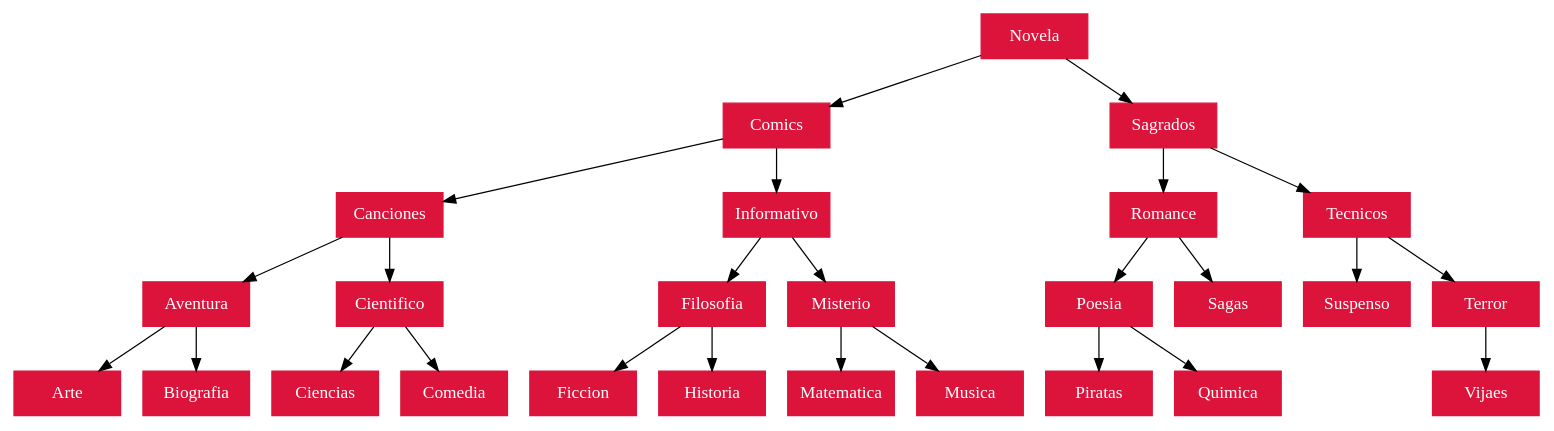
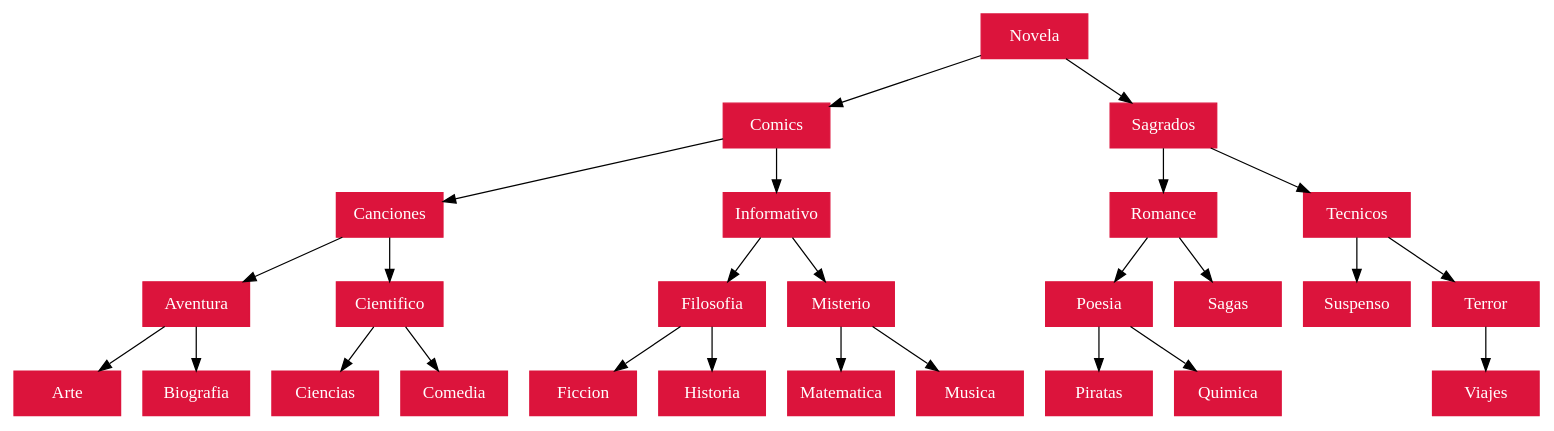
The diagram in AVL_Categorias.dot (juanpaestrada20/EDD_PY2_201800709), drawn with Graphviz before and after one commit. The commit also changed 17 other files, not shown here.

```diff
--- a/AVL_Categorias.dot
+++ b/AVL_Categorias.dot
@@ -1,30 +1,30 @@
 digraph G{
 rankdir=TB;
 node [margin=0 shape=box width=1.2 color=crimson fontcolor=white style=filled ];
 Novela->Comics
 Comics->Canciones
 Canciones->Aventura
 Aventura->Arte
 Aventura->Biografia
 Canciones->Cientifico
 Cientifico->Ciencias
 Cientifico->Comedia
 Comics->Informativo
 Informativo->Filosofia
 Filosofia->Ficcion
 Filosofia->Historia
 Informativo->Misterio
 Misterio->Matematica
 Misterio->Musica
 Novela->Sagrados
 Sagrados->Romance
 Romance->Poesia
 Poesia->Piratas
 Poesia->Quimica
 Romance->Sagas
 Sagrados->Tecnicos
 Tecnicos->Suspenso
 Tecnicos->Terror
-Terror->Vijaes
+Terror->Viajes
 
 }
```
